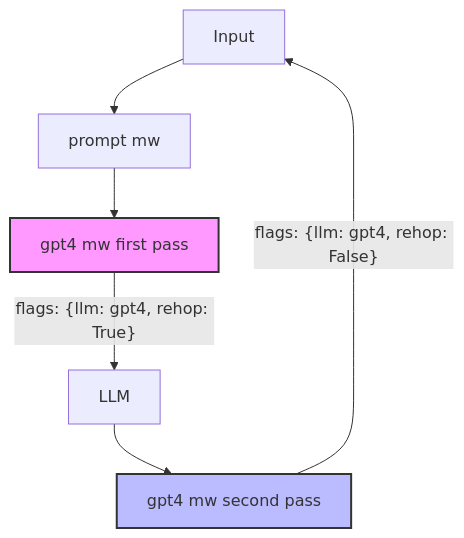
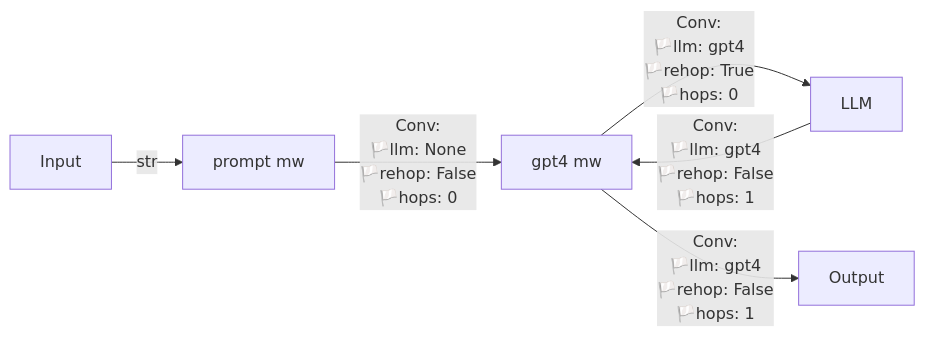
Before and after one commit to BrutLogic/cogni: the third of 3 diagrams in doc/quickstart/how-cogni-works.md, drawn with Mermaid. The commit also changed other lines of this file, not shown here.

Commit message:
docs: Update how-cogni-works.md with revised flow diagram and example code

````diff
--- a/doc/quickstart/how-cogni-works.md
+++ b/doc/quickstart/how-cogni-works.md
@@ -262,17 +262,9 @@
 ```mermaid
-graph TD
-    A[Input] --> B[prompt mw]
-    B --> C[gpt4 mw first pass]
-    C -->|"flags: {llm: gpt4, rehop: True}"| D[LLM]
-    D --> E[gpt4 mw second pass]
-    E -->|"flags: {llm: gpt4, rehop: False}"| A
-    
-    style C fill:#f9f,stroke:#333,stroke-width:2px
-    style E fill:#bbf,stroke:#333,stroke-width:2px
-    
-    classDef firstPass fill:#f9f,stroke:#333,stroke-width:2px;
-    classDef secondPass fill:#bbf,stroke:#333,stroke-width:2px;
-    
-    class C firstPass;
-    class E secondPass;
+graph LR
+    A[Input] -->|str| B[prompt mw]
+    B -->|Conv:<br>🏳️llm: None<br> 🏳️rehop: False<br>🏳️hops: 0| C[gpt4 mw]
+    C -->|Conv:<br>🏳️llm: gpt4<br> 🏳️rehop: True<br>🏳️hops: 0| D[LLM]
+    D -->|Conv:<br>🏳️llm: gpt4<br> 🏳️rehop: False<br>🏳️hops: 1|C
+    C -->|Conv:<br>🏳️llm: gpt4<br> 🏳️rehop: False<br>🏳️hops: 1| E[Output]
+
 ```
````
